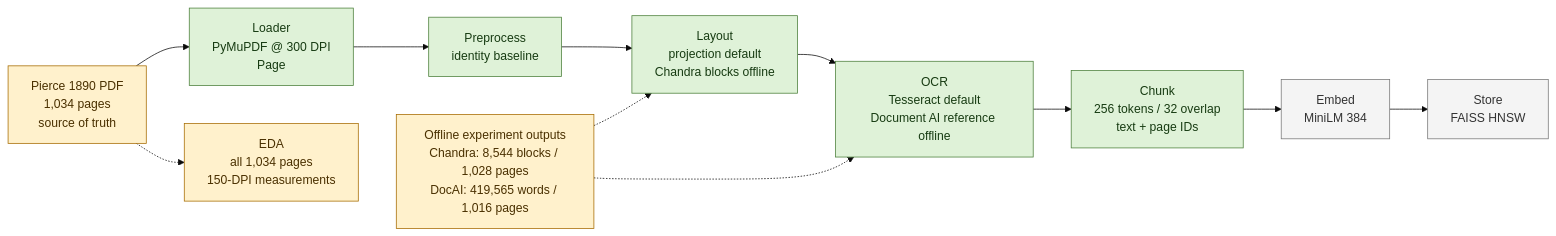
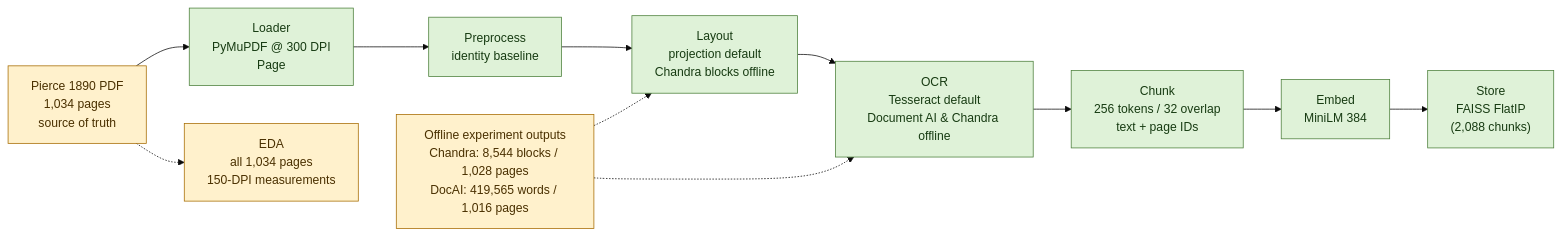
Before and after one commit to smammahdi/doc-agent-G07: the diagram in reports/pipeline_diagram.md, drawn with Mermaid (base theme). The commit also changed other lines of this file and 1 other file, not shown here.

Commit message:
docs: update pipeline diagram and design choices with Stage 4 index status

````diff
--- a/reports/pipeline_diagram.md
+++ b/reports/pipeline_diagram.md
@@ -7,20 +7,19 @@
 ```mermaid
 flowchart LR
     A["Pierce 1890 PDF\n1,034 pages\nsource of truth"] --> B["Loader\nPyMuPDF @ 300 DPI\nPage"]
     B --> C["Preprocess\nidentity baseline"]
     C --> D["Layout\nprojection default\nChandra blocks offline"]
-    D --> E["OCR\nTesseract default\nDocument AI reference offline"]
+    D --> E["OCR\nTesseract default\nDocument AI & Chandra offline"]
     E --> F["Chunk\n256 tokens / 32 overlap\ntext + page IDs"]
     F --> G["Embed\nMiniLM 384"]
-    G --> H["Store\nFAISS HNSW"]
+    G --> H["Store\nFAISS FlatIP\n(2,088 chunks)"]
     A -.-> R["EDA\nall 1,034 pages\n150-DPI measurements"]
     X["Offline experiment outputs\nChandra: 8,544 blocks / 1,028 pages\nDocAI: 419,565 words / 1,016 pages"] -.-> D
     X -.-> E
 
     classDef implemented fill:#dff2d8,stroke:#4b7f3a,color:#173b12;
     classDef measured fill:#fff1cc,stroke:#a66b00,color:#4a3000;
     classDef pending fill:#f4f4f4,stroke:#777,color:#333;
-    class B,C,D,E,F implemented;
+    class B,C,D,E,F,G,H implemented;
     class A,R,X measured;
-    class G,H pending;
 ```
````
